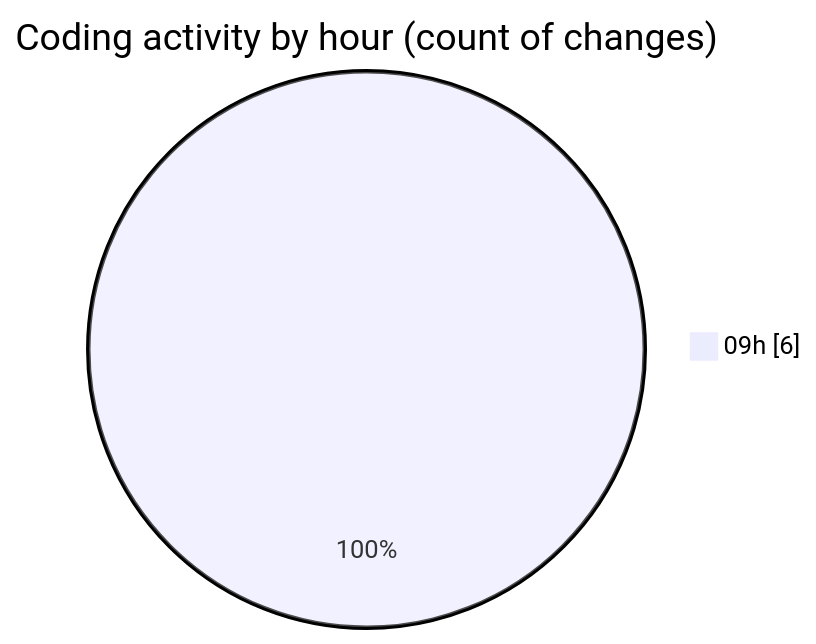
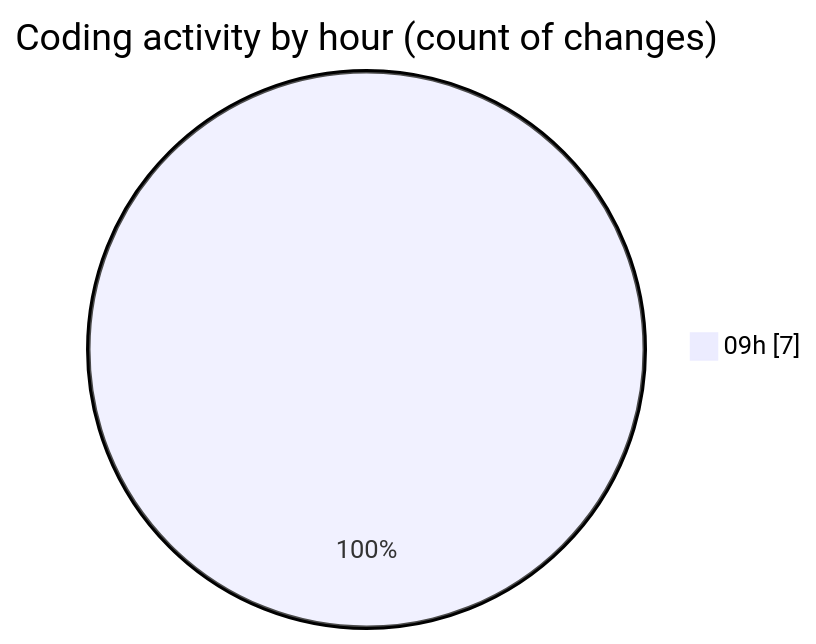
The second of 2 diagrams in 2025-08-08/web/README.md (LanceThiago/code-tracking), drawn with Mermaid before and after one commit. The commit also changed other lines of this file and 1 other file, not shown here.

````diff
--- a/2025-08-08/web/README.md
+++ b/2025-08-08/web/README.md
@@ -31,5 +31,5 @@
 ```mermaid
 pie showData
 title Coding activity by hour (count of changes)
-"09h" : 6
+"09h" : 7
 ```
````
